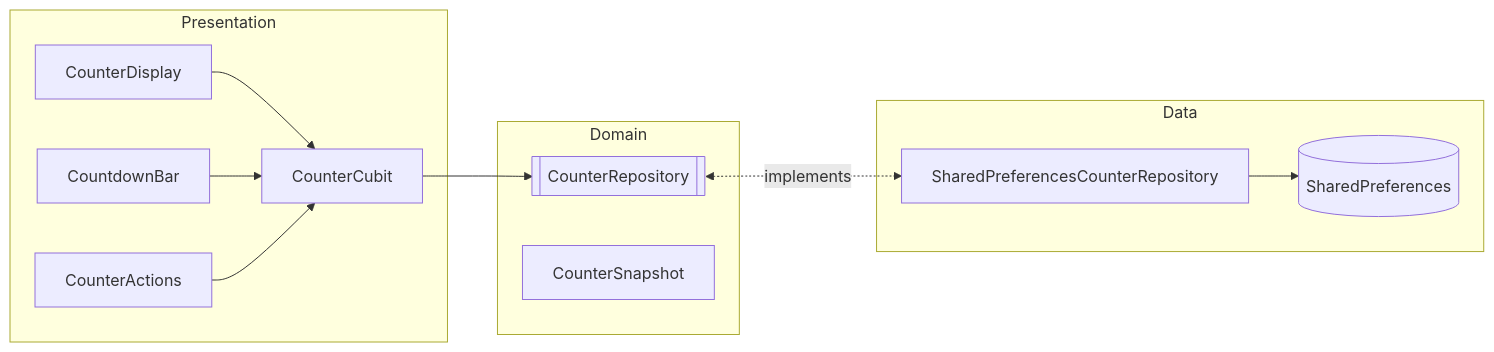
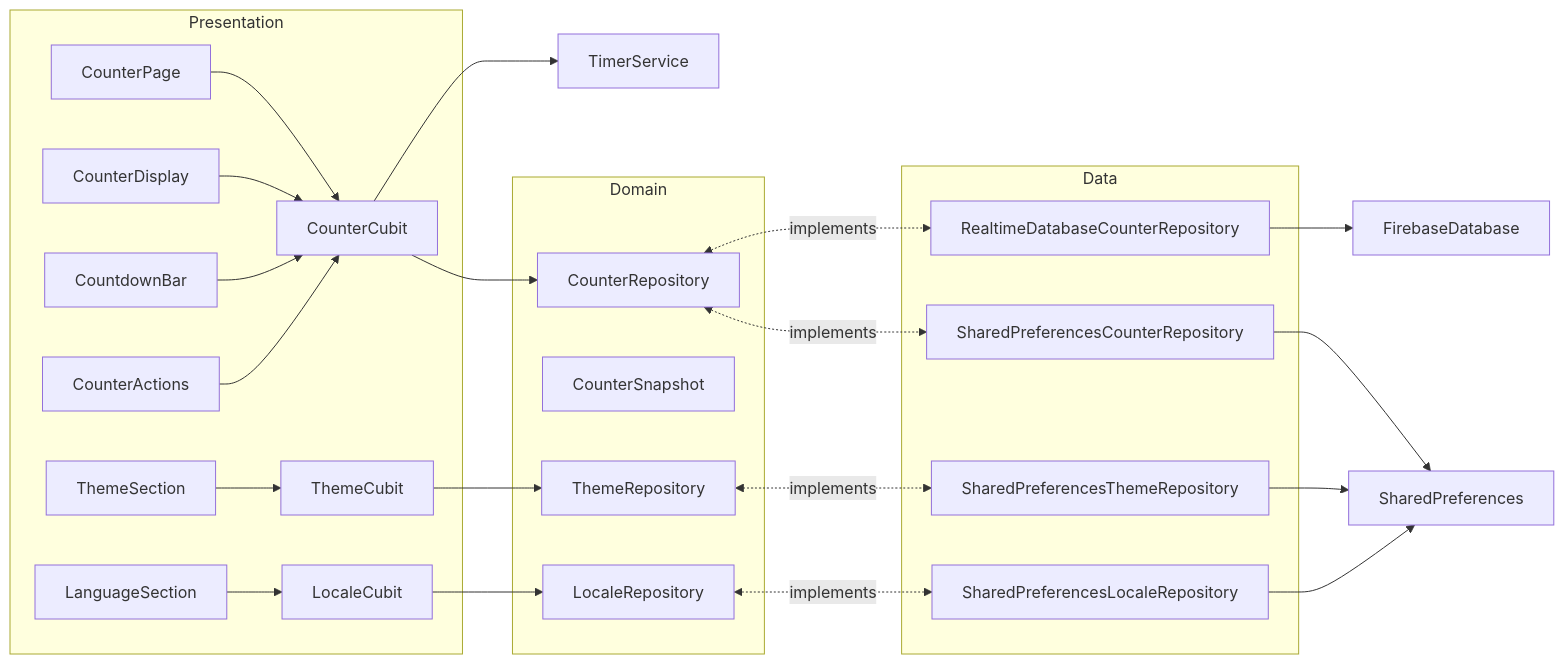
Before and after one commit to redjadet/flutter_bloc_app: the first of 3 diagrams in README.md, drawn with Mermaid. The commit also changed other lines of this file, not shown here.

First line of the commit message:
Enhance README with updated architecture diagrams and feature organization

````diff
--- a/README.md
+++ b/README.md
@@ -66,24 +66,51 @@
 ```mermaid
 flowchart LR
   subgraph Presentation
-    V1[CounterDisplay]
-    V2[CountdownBar]
-    V3[CounterActions]
-    CUBIT[CounterCubit]
-  end
-  subgraph Domain
-    REPOI[[CounterRepository]]
-    SNAP[CounterSnapshot]
-  end
-  subgraph Data
-    REPO[SharedPreferencesCounterRepository]
-    SP[(SharedPreferences)]
+    CounterPage
+    CounterDisplay
+    CountdownBar
+    CounterActions
+    ThemeSection
+    LanguageSection
+    CounterCubit
+    ThemeCubit
+    LocaleCubit
   end
 
-  V1 --> CUBIT
-  V2 --> CUBIT
-  V3 --> CUBIT
-  CUBIT --> REPOI
-  REPOI <-.implements .-> REPO
-  REPO --> SP
+  subgraph Domain
+    CounterRepository
+    CounterSnapshot
+    ThemeRepository
+    LocaleRepository
+  end
+
+  subgraph Data
+    SharedPreferencesCounterRepository
+    RealtimeDatabaseCounterRepository
+    SharedPreferencesThemeRepository
+    SharedPreferencesLocaleRepository
+  end
+
+  TimerService
+  FirebaseDatabase
+  SharedPreferences
+
+  CounterPage --> CounterCubit
+  CounterDisplay --> CounterCubit
+  CountdownBar --> CounterCubit
+  CounterActions --> CounterCubit
+  CounterCubit --> CounterRepository
+  CounterCubit --> TimerService
+  CounterRepository <-.implements .-> SharedPreferencesCounterRepository
+  CounterRepository <-.implements .-> RealtimeDatabaseCounterRepository
+  SharedPreferencesCounterRepository --> SharedPreferences
+  RealtimeDatabaseCounterRepository --> FirebaseDatabase
+  ThemeSection --> ThemeCubit
+  LanguageSection --> LocaleCubit
+  ThemeCubit --> ThemeRepository
+  LocaleCubit --> LocaleRepository
+  ThemeRepository <-.implements .-> SharedPreferencesThemeRepository
+  LocaleRepository <-.implements .-> SharedPreferencesLocaleRepository
+  SharedPreferencesThemeRepository --> SharedPreferences
+  SharedPreferencesLocaleRepository --> SharedPreferences
 ```
````
